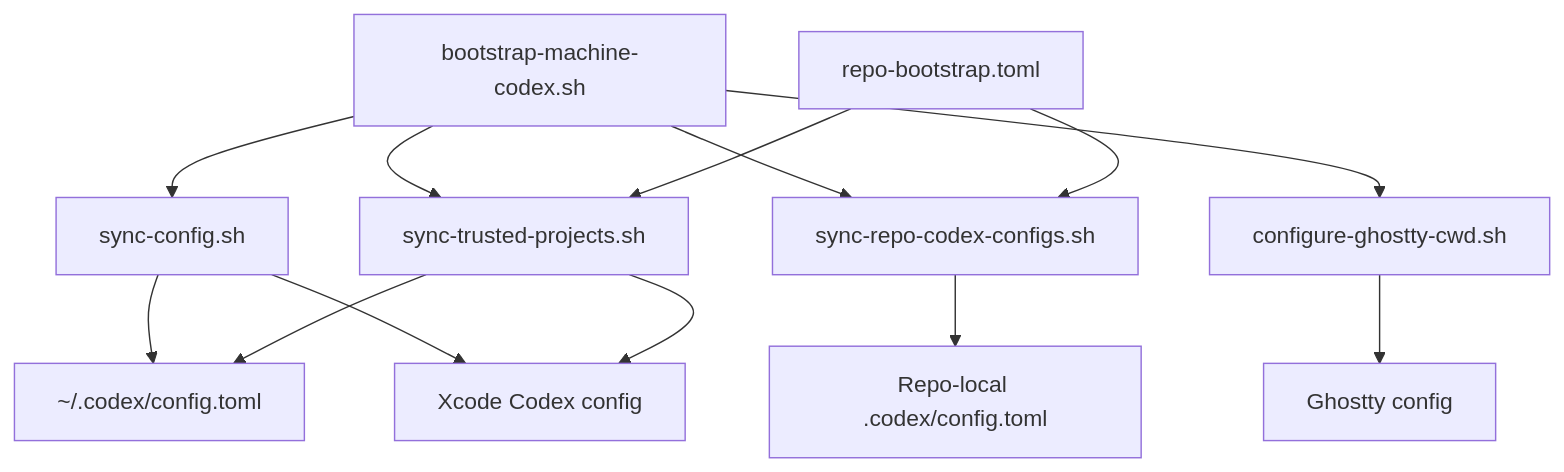
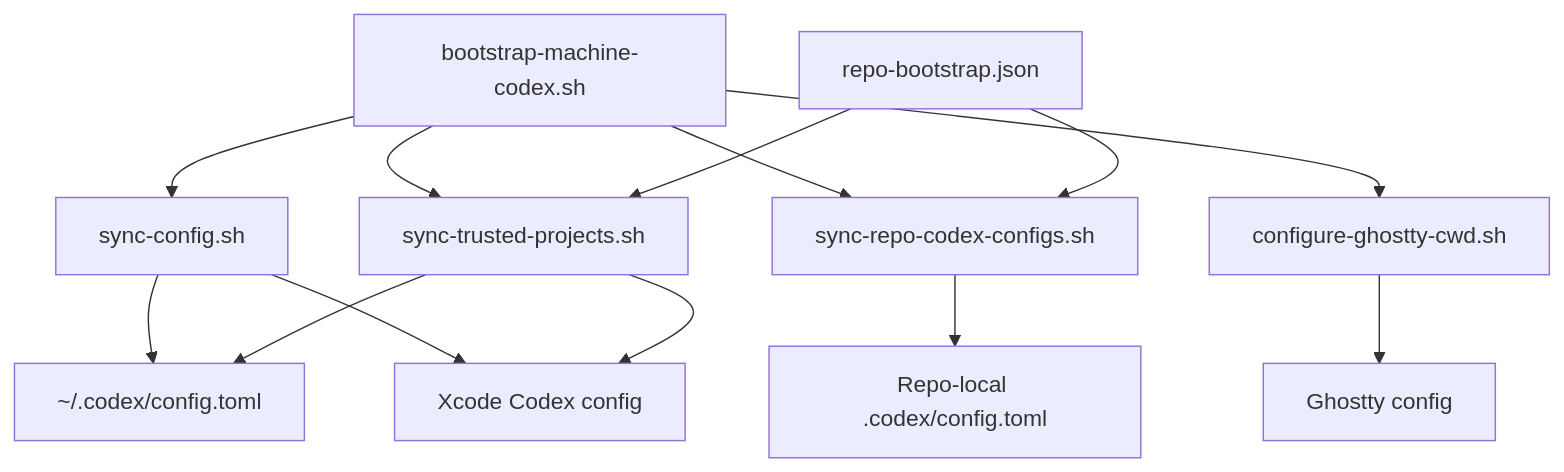
Before and after one commit to wisdom-in-a-nutshell/.agents: the first of 4 diagrams in docs/architecture/codex-control-plane-script-flows.md, drawn with Mermaid. The commit also changed other lines of this file and 45 other files, not shown here.

````diff
--- a/docs/architecture/codex-control-plane-script-flows.md
+++ b/docs/architecture/codex-control-plane-script-flows.md
@@ -18,15 +18,15 @@
 ```mermaid
 flowchart TD
     A[bootstrap-machine-codex.sh] --> B[sync-config.sh]
     A --> C[sync-trusted-projects.sh]
     A --> D[sync-repo-codex-configs.sh]
     A --> E[configure-ghostty-cwd.sh]
-    R[repo-bootstrap.toml] --> C
+    R[repo-bootstrap.json] --> C
     R --> D
     B --> F[~/.codex/config.toml]
     B --> G[Xcode Codex config]
     C --> F
     C --> G
     D --> H[Repo-local .codex/config.toml]
     E --> I[Ghostty config]
 ```
````
